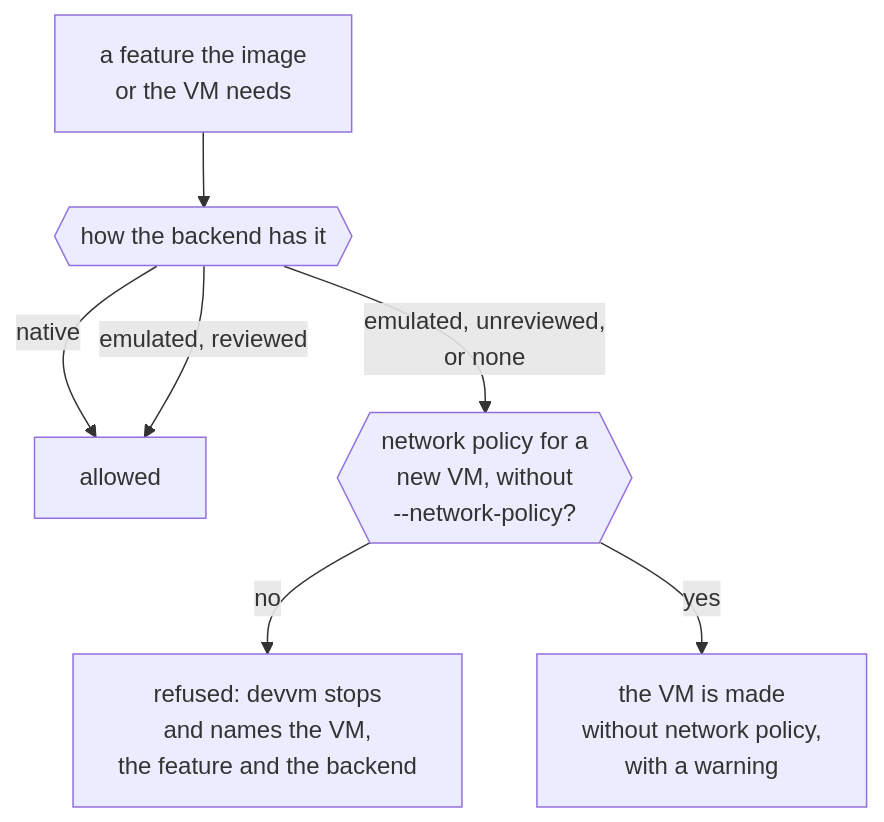
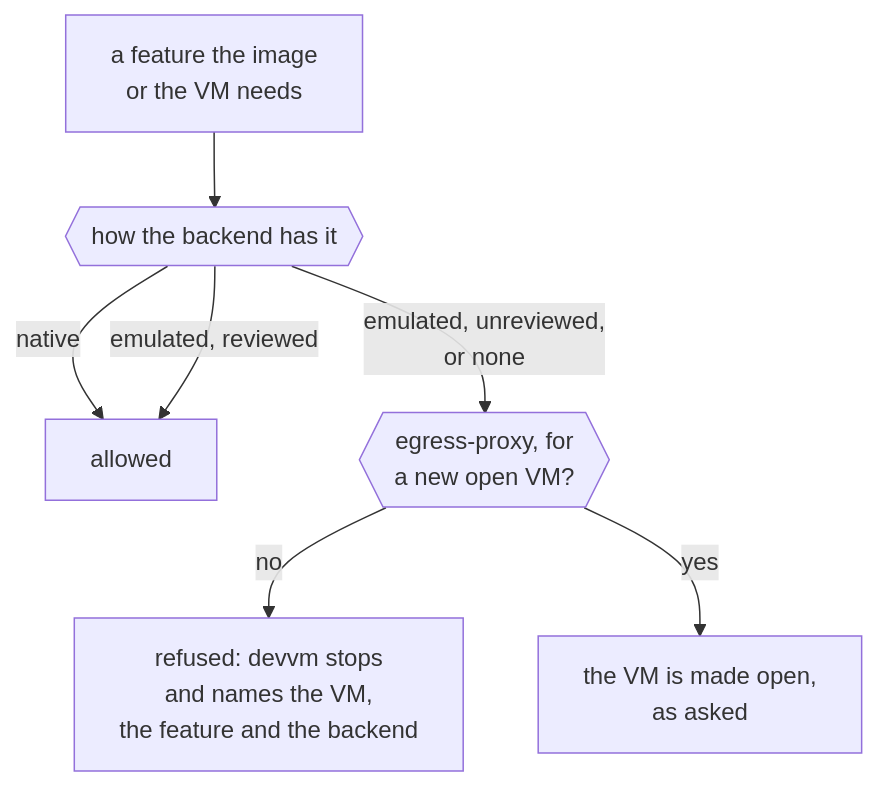
The diagram in docs/content/docs/internals/backends.md (DustyPolk/devvm), drawn with Mermaid before and after one commit. The commit also changed 124 other files, not shown here.

````diff
--- a/docs/content/docs/internals/backends.md
+++ b/docs/content/docs/internals/backends.md
@@ -69,9 +69,9 @@
 ```mermaid
 flowchart TD
   need["a feature the image<br>or the VM needs"] --> how{{"how the backend has it"}}
   how -- "native" --> ok["allowed"]
   how -- "emulated, reviewed" --> ok
-  how -- "emulated, unreviewed,<br>or none" --> np{{"network policy for a<br>new VM, without<br>--network-policy?"}}
+  how -- "emulated, unreviewed,<br>or none" --> np{{"egress-proxy, for<br>a new open VM?"}}
   np -- "no" --> refused["refused: devvm stops<br>and names the VM,<br>the feature and the backend"]
-  np -- "yes" --> warned["the VM is made<br>without network policy,<br>with a warning"]
+  np -- "yes" --> warned["the VM is made open,<br>as asked"]
 ```
````
